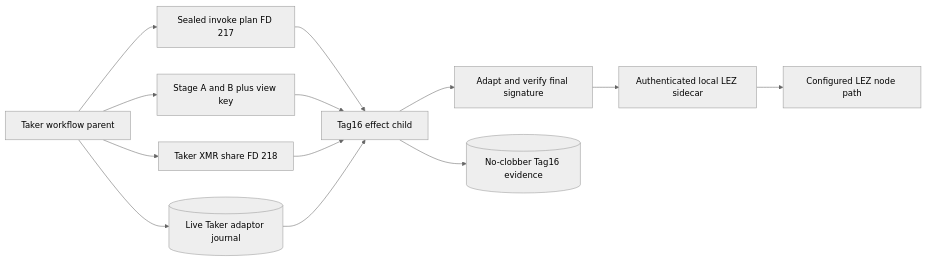
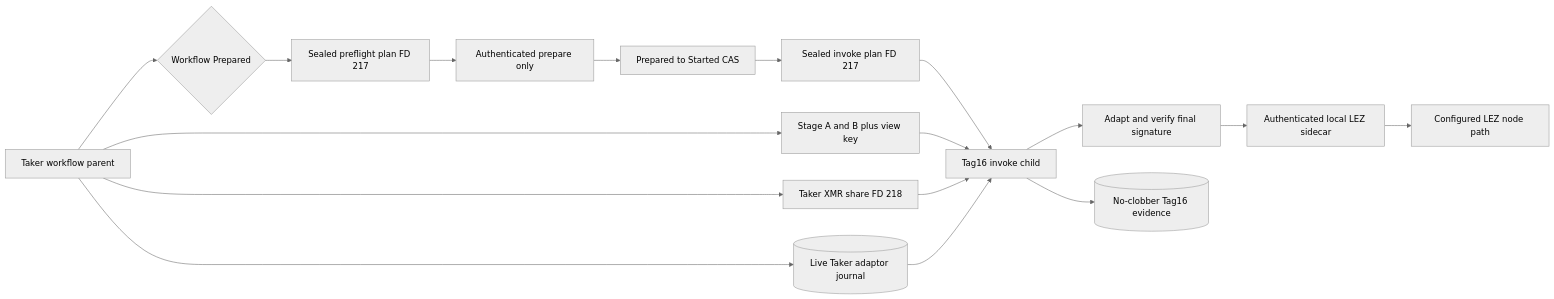
The first of 2 diagrams in docs/architecture/0154-derive-tag16-in-the-sealed-effect-child.md (gateway-fm/lez-atomic-swaps), drawn with Mermaid (neutral theme) before and after one commit. The commit also changed other lines of this file and 14 other files, not shown here.

Commit message:
feat(m7): preflight XMR refund before effect CAS

````diff
--- a/docs/architecture/0154-derive-tag16-in-the-sealed-effect-child.md
+++ b/docs/architecture/0154-derive-tag16-in-the-sealed-effect-child.md
@@ -51,15 +58,19 @@
 ```mermaid
 flowchart LR
-    Parent["Taker workflow parent"] --> Plan["Sealed invoke plan FD 217"]
+    Parent["Taker workflow parent"] --> Prepared{"Workflow Prepared"}
+    Prepared --> Preflight["Sealed preflight plan FD 217"]
+    Preflight --> Prepare["Authenticated prepare only"]
+    Prepare --> CAS["Prepared to Started CAS"]
+    CAS --> Plan["Sealed invoke plan FD 217"]
     Parent --> App["Stage A and B plus view key"]
     Parent --> Share["Taker XMR share FD 218"]
     Parent --> Journal[("Live Taker adaptor journal")]
-    Plan --> Child["Tag16 effect child"]
+    Plan --> Child["Tag16 invoke child"]
     App --> Child
     Share --> Child
     Journal --> Child
     Child --> Adapt["Adapt and verify final signature"]
     Adapt --> Sidecar["Authenticated local LEZ sidecar"]
     Sidecar --> Node["Configured LEZ node path"]
     Child --> Evidence[("No-clobber Tag16 evidence")]
 ```
````
